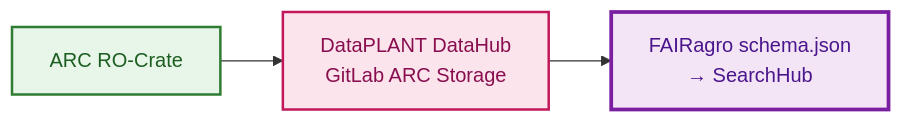
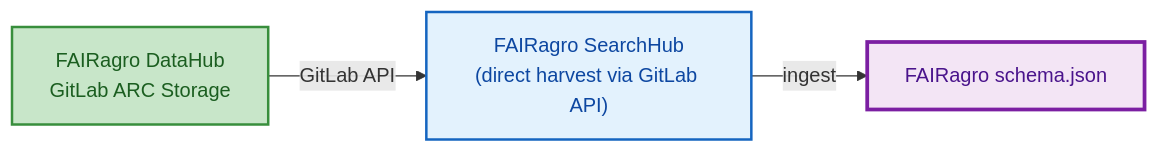
The second of 6 diagrams in docs/slides/fairst-workflow-slides.md (jorgitogb/fairweaver), drawn with Mermaid before and after one commit. The commit also changed other lines of this file and 11 other files, not shown here.

````diff
--- a/docs/slides/fairst-workflow-slides.md
+++ b/docs/slides/fairst-workflow-slides.md
@@ -203,16 +208,17 @@
 ```mermaid
 flowchart LR
-    ARC["ARC RO-Crate"]
-    DH["DataPLANT DataHub<br/>GitLab ARC Storage"]
-    B["FAIRagro schema.json<br/>→ SearchHub"]
+    DH["FAIRagro DataHub<br/>GitLab ARC Storage"]
+    SH["FAIRagro SearchHub<br/>(direct harvest via GitLab API)"]
+    B["FAIRagro schema.json"]
 
-    ARC --> DH --> B
+    DH -->|GitLab API| SH
+    SH -->|ingest| B
 
-    classDef arc fill:#e8f5e9,stroke:#2e7d32,stroke-width:2px,color:#1b5e20
-    classDef hub fill:#fce4ec,stroke:#c2185b,stroke-width:2px,color:#880e4f
+    classDef hub fill:#c8e6c9,stroke:#388e3c,stroke-width:2px,color:#1b5e20
+    classDef search fill:#e3f2fd,stroke:#1565c0,stroke-width:2px,color:#0d47a1
     classDef out fill:#f3e5f5,stroke:#7b1fa2,stroke-width:3px,color:#4a148c
 
-    class ARC arc
     class DH hub
+    class SH search
     class B out
 ```
````
